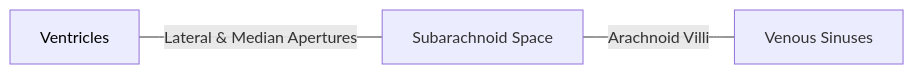
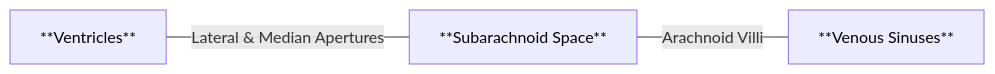
The diagram in Y3S2 SBMS3204 Neuroscience/Lecture 3.2 (Neuroanatomy) - Meninges & Blood Supply.md (catskin0106/BiomedStuff), drawn with Mermaid before and after one commit.

Commit message:
vault backup: 2025-02-12 15:27:49

````diff
--- a/Y3S2 SBMS3204 Neuroscience/Lecture 3.2 (Neuroanatomy) - Meninges & Blood Supply.md
+++ b/Y3S2 SBMS3204 Neuroscience/Lecture 3.2 (Neuroanatomy) - Meninges & Blood Supply.md
@@ -37,6 +37,8 @@
 ```mermaid
 flowchart LR
-	A[Ventricles]-- Lateral & Median Apertures ---B[Subarachnoid Space]
-	B-- Arachnoid Villi ---C[Venous Sinuses]
+	A[**Ventricles**]-- Lateral & Median Apertures ---B[**Subarachnoid Space**]
+	B-- Arachnoid Villi ---C[**Venous Sinuses**]
 	style A color:#000
+	style B color:#000
+	style C color:#000
 ```
````
